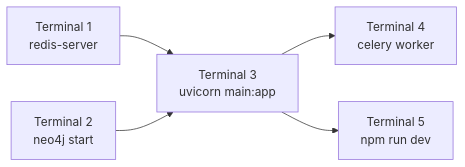
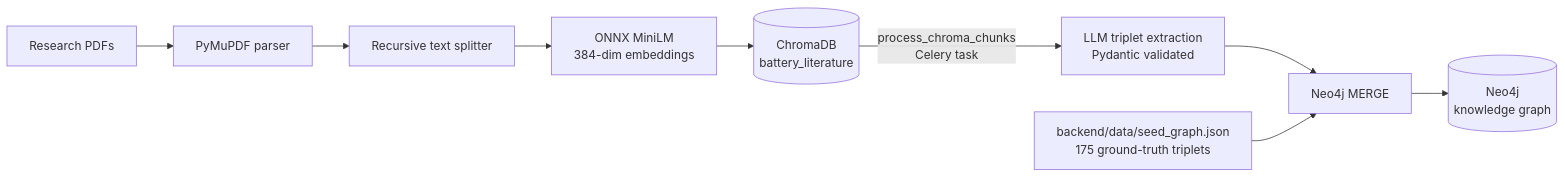
Before and after one commit to Rahul-8283/AURA_Data_Driven: the ninth of 18 diagrams in README.md, drawn with Mermaid. The commit also changed other lines of this file, not shown here.

````diff
--- a/README.md
+++ b/README.md
@@ -465,9 +446,12 @@
 ```mermaid
 flowchart LR
-    T1["Terminal 1<br/>redis-server"] --> T3
-    T2["Terminal 2<br/>neo4j start"] --> T3
-    T3["Terminal 3<br/>uvicorn main:app"] --> T4
-    T3 --> T5
-    T4["Terminal 4<br/>celery worker"]
-    T5["Terminal 5<br/>npm run dev"]
+    pdf["Research PDFs"] --> parse["PyMuPDF parser"]
+    parse --> split["Recursive text splitter"]
+    split --> emb["ONNX MiniLM<br/>384-dim embeddings"]
+    emb --> chroma[("ChromaDB<br/>battery_literature")]
+
+    chroma -->|"process_chroma_chunks<br/>Celery task"| ext["LLM triplet extraction<br/>Pydantic validated"]
+    ext --> merge["Neo4j MERGE"]
+    seed["backend/data/seed_graph.json<br/>175 ground-truth triplets"] --> merge
+    merge --> neo[("Neo4j<br/>knowledge graph")]
 ```
````
